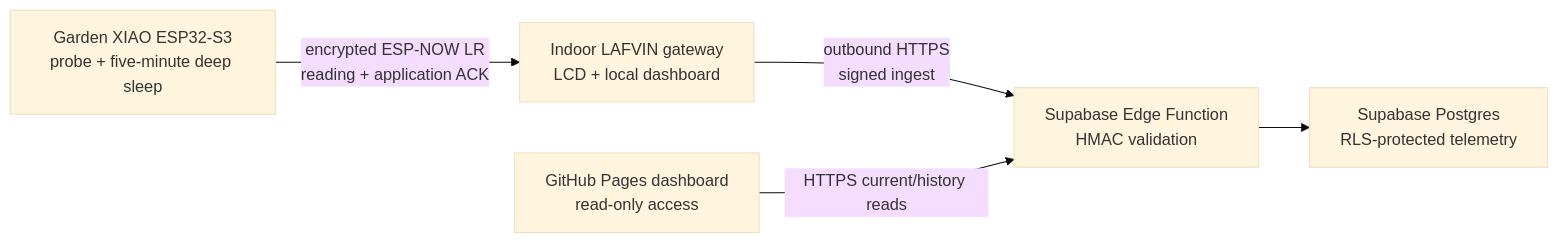
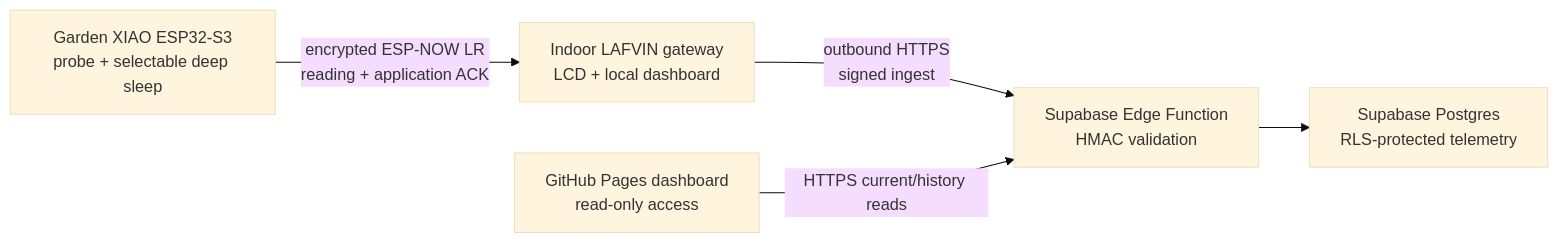
One commit to parXmedia/soil-monitor changed the diagram in README.md. Above: the diagram before and after it, drawn with Mermaid (base theme). The commit also changed other lines of this file and 3 other files, not shown here.

````diff
--- a/README.md
+++ b/README.md
@@ -23,13 +24,13 @@
 ```mermaid
 flowchart LR
-    S["Garden XIAO ESP32-S3<br/>probe + five-minute deep sleep"]
+    S["Garden XIAO ESP32-S3<br/>probe + selectable deep sleep"]
     G["Indoor LAFVIN gateway<br/>LCD + local dashboard"]
     E["Supabase Edge Function<br/>HMAC validation"]
     D["Supabase Postgres<br/>RLS-protected telemetry"]
     P["GitHub Pages dashboard<br/>read-only access"]
 
     S -- "encrypted ESP-NOW LR<br/>reading + application ACK" --> G
     G -- "outbound HTTPS<br/>signed ingest" --> E
     E --> D
     P -- "HTTPS current/history reads" --> E
 ```
````
